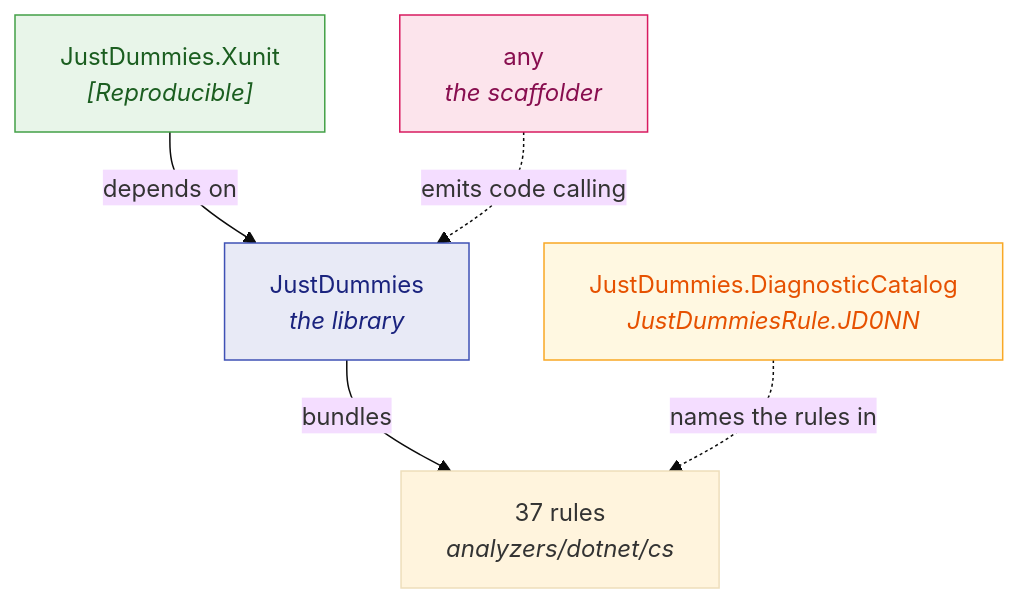
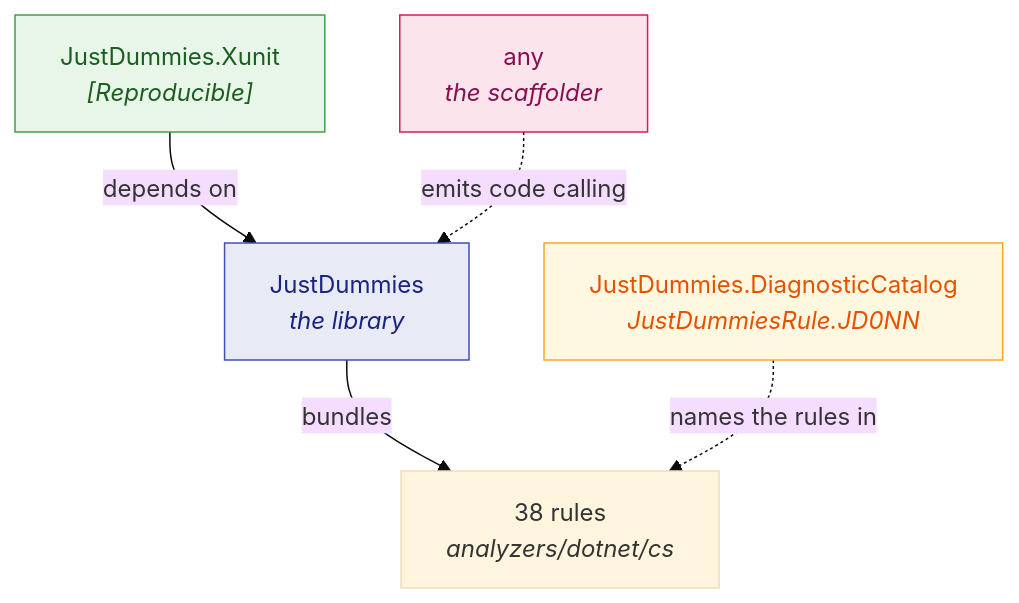
The diagram in doc/handwritten/for-users/packages/README.md (Reefact/just-dummies), drawn with Mermaid (base theme) before and after one commit. The commit also changed other lines of this file and 65 other files, not shown here.

````diff
--- a/doc/handwritten/for-users/packages/README.md
+++ b/doc/handwritten/for-users/packages/README.md
@@ -18,14 +18,14 @@
 ```mermaid
 flowchart TD
     accTitle: How the four packages relate
-    accDescr: JustDummies, the library, bundles the 37 rules under analyzers/dotnet/cs. JustDummies.Xunit depends on the library. JustDummies.DiagnosticCatalog names those rules without depending on them, and any, the scaffolder, emits code calling the library.
-    L["JustDummies<br/><i>the library</i>"] -->|"bundles"| A["37 rules<br/><i>analyzers/dotnet/cs</i>"]
+    accDescr: JustDummies, the library, bundles the 38 rules under analyzers/dotnet/cs. JustDummies.Xunit depends on the library. JustDummies.DiagnosticCatalog names those rules without depending on them, and any, the scaffolder, emits code calling the library.
+    L["JustDummies<br/><i>the library</i>"] -->|"bundles"| A["38 rules<br/><i>analyzers/dotnet/cs</i>"]
     X["JustDummies.Xunit<br/><i>[Reproducible]</i>"] -->|"depends on"| L
     C["JustDummies.DiagnosticCatalog<br/><i>JustDummiesRule.JD0NN</i>"]
     C -.->|"names the rules in"| A
     D["any<br/><i>the scaffolder</i>"] -.->|"emits code calling"| L
     style L fill:#e8eaf6,stroke:#3f51b5,color:#1a237e
     style X fill:#e8f5e9,stroke:#43a047,color:#1b5e20
     style C fill:#fff8e1,stroke:#f9a825,color:#e65100
     style D fill:#fce4ec,stroke:#d81b60,color:#880e4f
 ```
````
